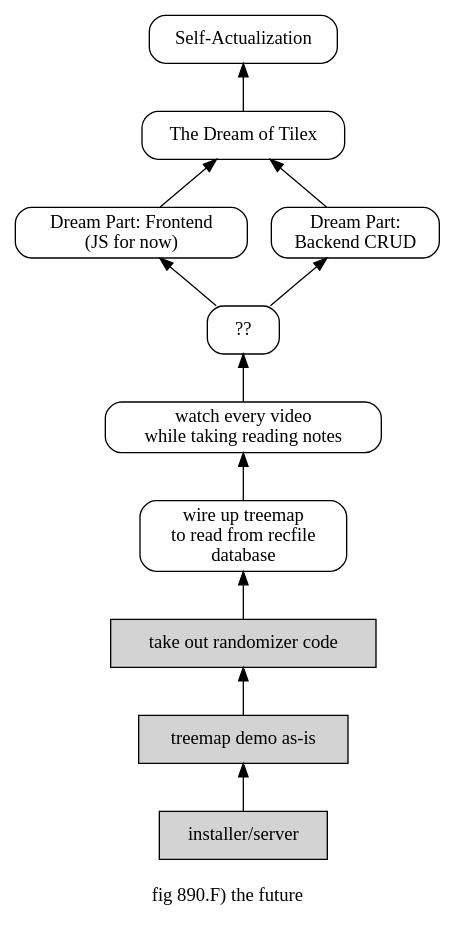
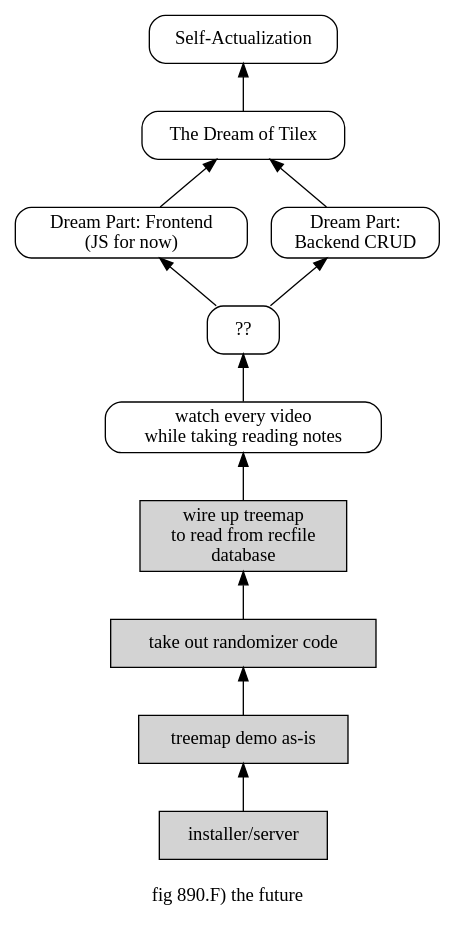
Before and after one commit to hipe/tmx: the diagram in tilex-doc/890.F.roadmap.dot, drawn with Graphviz. The commit also changed 7 other files, not shown here.

```diff
--- a/tilex-doc/890.F.roadmap.dot
+++ b/tilex-doc/890.F.roadmap.dot
@@ -1,37 +1,37 @@
 digraph g {
 label="\nfig 890.F) the future"
 node[shape=rect style=rounded]
 rankdir=BT;  /* from bottom to top (vertical) */
 item_final[label="Self-Actualization"]
 item_goal->item_final
 
 item_goal[label="The Dream of Tilex"]
 item_dream_part_frontend->item_goal
 item_dream_part_backend->item_goal
 
 item_dream_part_frontend[label="Dream Part: Frontend\n(JS for now)"]
 item_question_mark->item_dream_part_frontend
 
 item_dream_part_backend[label="Dream Part:\nBackend CRUD"]
 item_question_mark->item_dream_part_backend
 
 item_question_mark[label="??"]
 item_videos->item_question_mark
 
 item_videos[label="watch every video\nwhile taking reading notes"]
 item_crazy->item_videos  /* forward-declare #here1 to keep it out of group */
 
-item_crazy[label="wire up treemap\nto read from recfile\ndatabase"]
+item_crazy[label="wire up treemap\nto read from recfile\ndatabase" style=filled]
 item_proof_of_concept->item_crazy
 
 item_proof_of_concept[label="take out randomizer code" style=filled]
 item_demo->item_proof_of_concept
 
 item_demo[label="treemap demo as-is" style=filled]
 item_installer->item_demo
 
 item_installer[label="installer/server" style=filled]
 }
 /*
 # #born
 */
```
